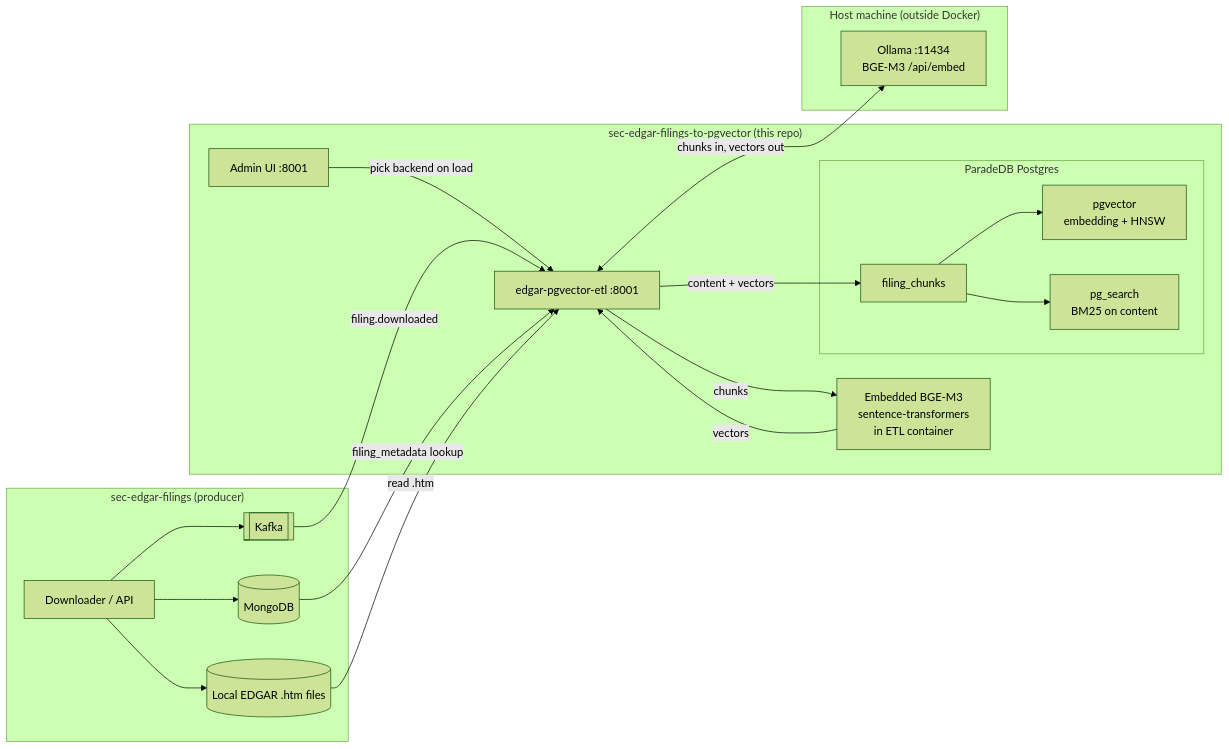
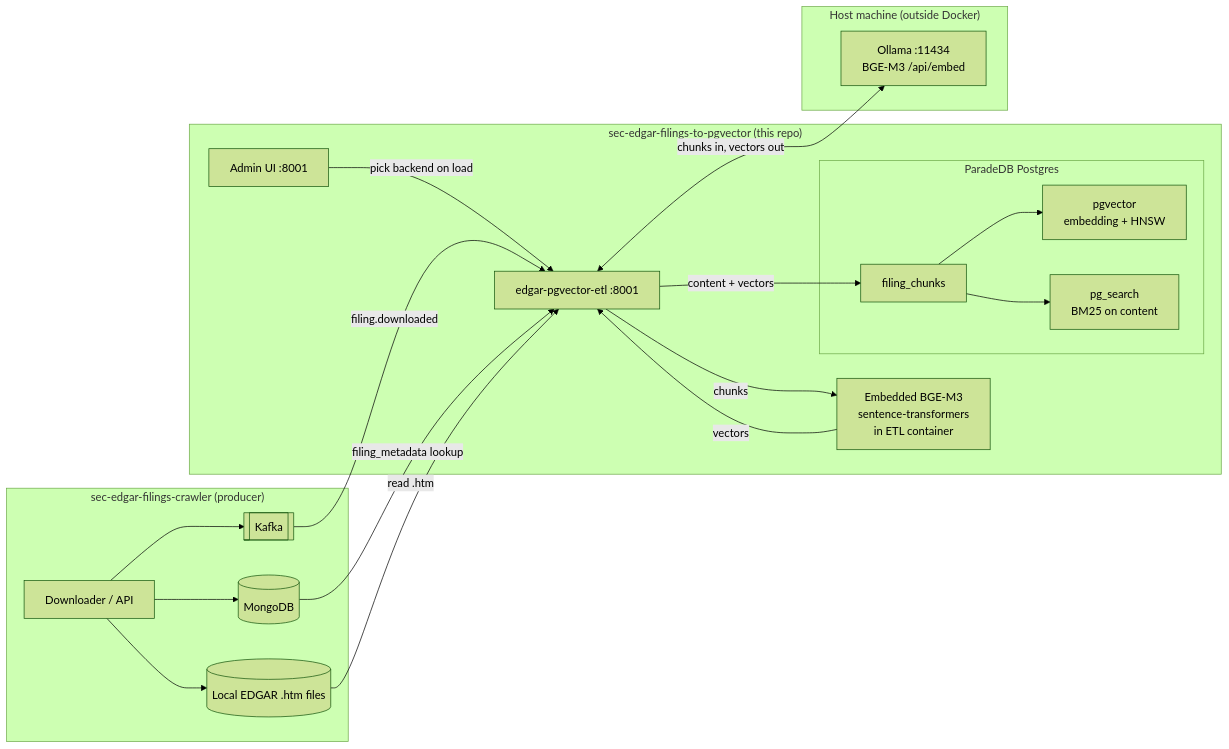
Before and after one commit to sanjuthomas/sec-edgar-filings-to-pgvector: the second of 2 diagrams in README.md, drawn with Mermaid (forest theme). The commit also changed other lines of this file and 2 other files, not shown here.

First line of the commit message:
Rename producer references to sec-edgar-filings-crawler.

````diff
--- a/README.md
+++ b/README.md
@@ -63,38 +63,38 @@
 ```mermaid
 flowchart LR
-    subgraph producer ["sec-edgar-filings (producer)"]
+    subgraph producer ["sec-edgar-filings-crawler (producer)"]
         DL[Downloader / API]
         Mongo[(MongoDB)]
         Kafka[[Kafka]]
         Disk[(Local EDGAR .htm files)]
         DL --> Mongo
         DL --> Disk
         DL --> Kafka
     end
 
     subgraph consumer ["sec-edgar-filings-to-pgvector (this repo)"]
         Admin[Admin UI :8001]
         ETL[edgar-pgvector-etl :8001]
         Embedded[Embedded BGE-M3<br/>sentence-transformers<br/>in ETL container]
         subgraph PG ["ParadeDB Postgres"]
             FC[filing_chunks]
             VEC[pgvector<br/>embedding + HNSW]
             BM25[pg_search<br/>BM25 on content]
         end
         Admin -->|pick backend on load| ETL
         ETL -->|chunks| Embedded
         Embedded -->|vectors| ETL
         ETL -->|content + vectors| FC
         FC --> VEC
         FC --> BM25
     end
 
     subgraph host ["Host machine (outside Docker)"]
         Ollama[Ollama :11434<br/>BGE-M3 /api/embed]
     end
 
     Kafka -->|filing.downloaded| ETL
     Mongo -->|filing_metadata lookup| ETL
     Disk -->|read .htm| ETL
     ETL <-->|chunks in, vectors out| Ollama
 ```
````
